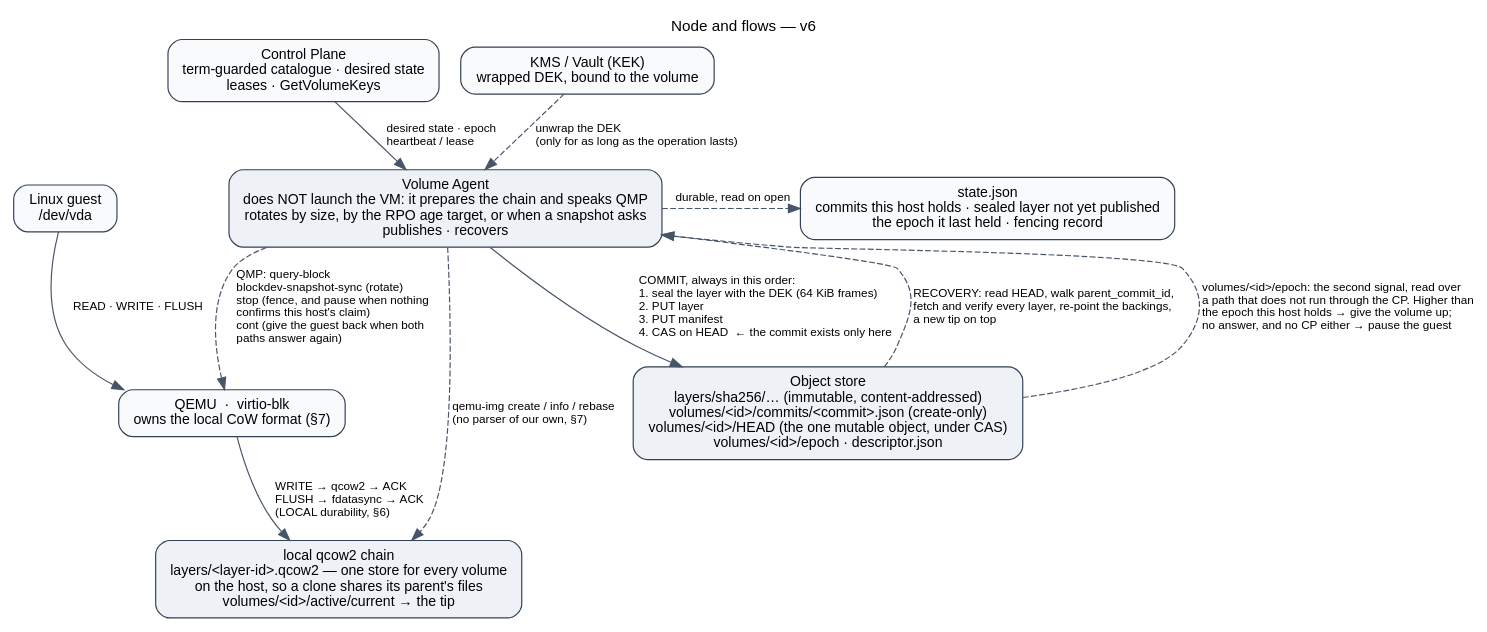
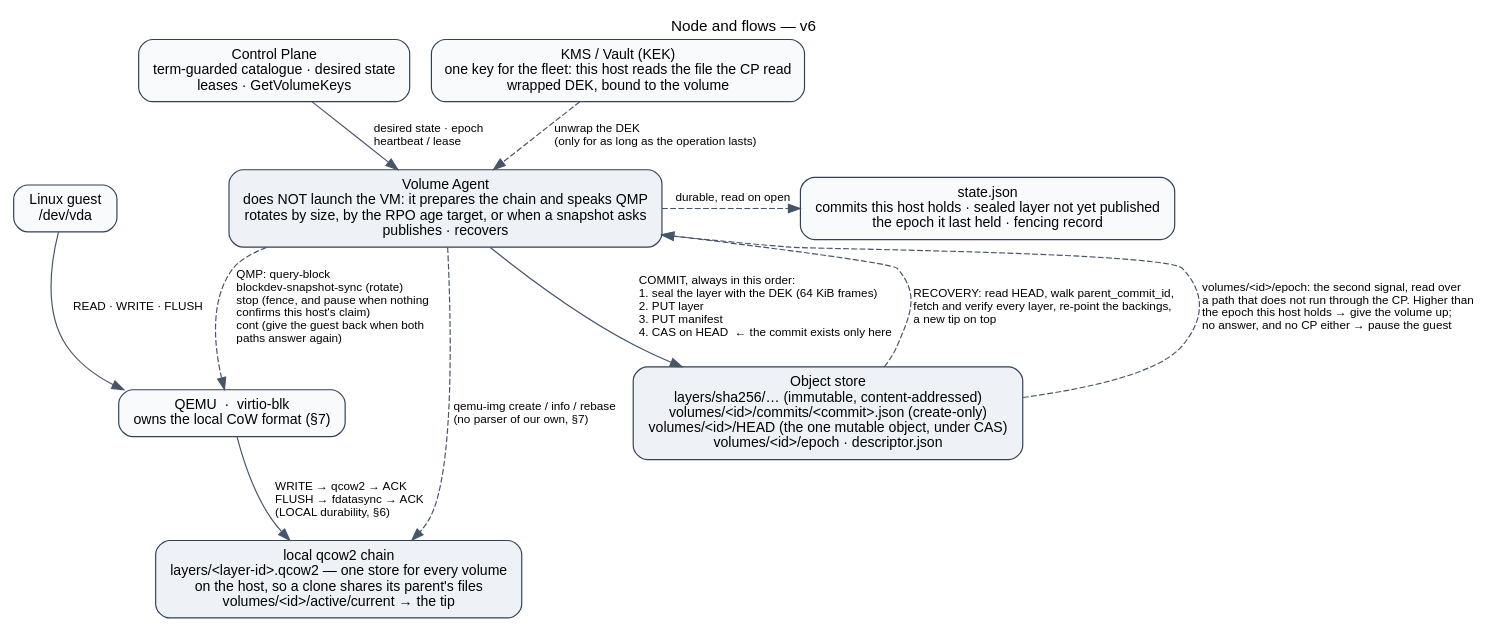
Before and after one commit to spin-stack/storage: the diagram in node_and_flows_v6.dot, drawn with Graphviz. The commit also changed 6 other files, not shown here.

```diff
--- a/node_and_flows_v6.dot
+++ b/node_and_flows_v6.dot
@@ -1,39 +1,39 @@
 // One host, and where the bytes go. Source of node_and_flows_v6.svg.
 //
 // Generated with `task diagrams`; the SVG is output and is never edited by hand. The v5
 // version of this diagram described an engine that no longer existed for a month —
 // vhost-user, an encrypted WAL, CoW extents, a batcher — because nothing could notice it
 // had stopped being true. `task diagrams:check` is what notices now.
 digraph G {
   rankdir=TB;
   bgcolor="white";
   labelloc="t";
   label="Node and flows — v6";
   fontname="Arial"; fontsize=13;
   node [shape=box, style="rounded,filled", fillcolor="#f8fafc", color="#334155",
         fontname="Arial", fontsize=12, margin="0.18,0.10"];
   edge [color="#475569", fontname="Arial", fontsize=10];
 
   guest  [label="Linux guest\n/dev/vda"];
   qemu   [label="QEMU  ·  virtio-blk\nowns the local CoW format (§7)"];
   chain  [label="local qcow2 chain\nlayers/<layer-id>.qcow2 — one store for every volume\non the host, so a clone shares its parent's files\nvolumes/<id>/active/current → the tip", fillcolor="#eef2f7"];
   agent  [label="Volume Agent\ndoes NOT launch the VM: it prepares the chain and speaks QMP\nrotates by size, by the RPO age target, or when a snapshot asks\npublishes · recovers", fillcolor="#eef2f7"];
   state  [label="state.json\ncommits this host holds · sealed layer not yet published\nthe epoch it last held · fencing record"];
   cp     [label="Control Plane\nterm-guarded catalogue · desired state\nleases · GetVolumeKeys"];
-  kms    [label="KMS / Vault (KEK)\nwrapped DEK, bound to the volume"];
+  kms    [label="KMS / Vault (KEK)\none key for the fleet: this host reads the file the CP read\nwrapped DEK, bound to the volume"];
   s3     [label="Object store\nlayers/sha256/… (immutable, content-addressed)\nvolumes/<id>/commits/<commit>.json (create-only)\nvolumes/<id>/HEAD (the one mutable object, under CAS)\nvolumes/<id>/epoch · descriptor.json", fillcolor="#eef2f7"];
 
   guest -> qemu   [label="  READ · WRITE · FLUSH"];
   qemu  -> chain  [label="  WRITE → qcow2 → ACK\l  FLUSH → fdatasync → ACK\l  (LOCAL durability, §6)\l"];
   agent -> qemu   [label="  QMP: query-block\l  blockdev-snapshot-sync (rotate)\l  stop (fence, and pause when nothing\l  confirms this host's claim)\l  cont (give the guest back when both\l  paths answer again)\l", style=dashed];
   agent -> chain  [label="  qemu-img create / info / rebase\l  (no parser of our own, §7)\l", style=dashed];
   agent -> state  [label="  durable, read on open", style=dashed];
   cp    -> agent  [label="  desired state · epoch\l  heartbeat / lease\l"];
   kms   -> agent  [label="  unwrap the DEK\l  (only for as long as the operation lasts)\l", style=dashed];
   agent -> s3     [label="  COMMIT, always in this order:\l  1. seal the layer with the DEK (64 KiB frames)\l  2. PUT layer\l  3. PUT manifest\l  4. CAS on HEAD  ← the commit exists only here\l"];
   s3    -> agent  [label="  RECOVERY: read HEAD, walk parent_commit_id,\l  fetch and verify every layer, re-point the backings,\l  a new tip on top\l", style=dashed, constraint=false];
   s3    -> agent  [label="  volumes/<id>/epoch: the second signal, read over\l  a path that does not run through the CP. Higher than\l  the epoch this host holds → give the volume up;\l  no answer, and no CP either → pause the guest\l", style=dashed, constraint=false];
 
   { rank=same; state; agent; }
   { rank=same; cp; kms; }
 }
```
